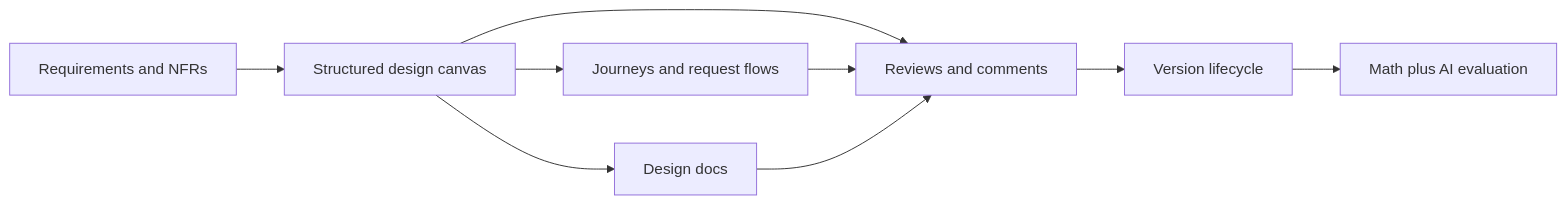
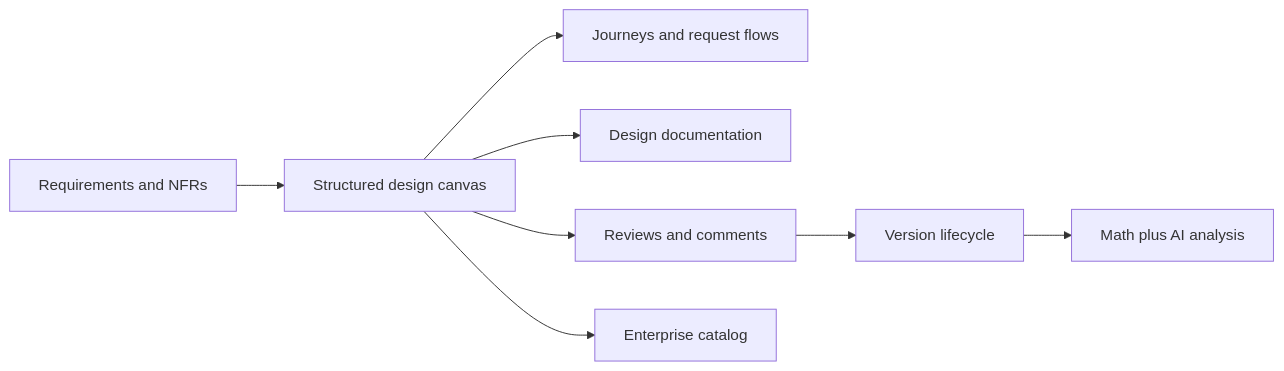
The first of 2 diagrams in README.md (Chaosphere-Apps/about-stratum), drawn with Mermaid before and after one commit. The commit also changed other lines of this file and 1 other file, not shown here.

````diff
--- a/README.md
+++ b/README.md
@@ -34,11 +27,10 @@
 ```mermaid
 flowchart LR
-  Requirements["Requirements and NFRs"] --> Design["Structured design canvas"]
-  Design --> Journeys["Journeys and request flows"]
-  Design --> Docs["Design docs"]
-  Design --> Review["Reviews and comments"]
-  Journeys --> Review
-  Docs --> Review
+  Requirements["Requirements and NFRs"] --> Canvas["Structured design canvas"]
+  Canvas --> Journeys["Journeys and request flows"]
+  Canvas --> Docs["Design documentation"]
+  Canvas --> Review["Reviews and comments"]
   Review --> Versions["Version lifecycle"]
-  Versions --> Analysis["Math plus AI evaluation"]
+  Versions --> Analysis["Math plus AI analysis"]
+  Canvas --> Catalog["Enterprise catalog"]
 ```
````
